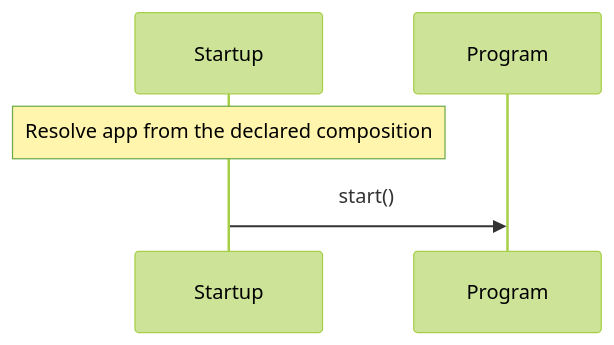
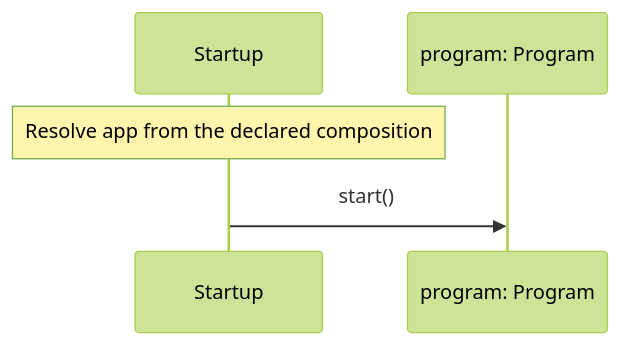
Before and after one commit to GreenPandaStudios/augscript: the third of 3 diagrams in docs/examples/generic-di/main-diagrams.md, drawn with Mermaid (forest theme). The commit also changed 102 other files, not shown here.

Commit message:
Keep named service receivers distinct in sequence data flow

````diff
--- a/docs/examples/generic-di/main-diagrams.md
+++ b/docs/examples/generic-di/main-diagrams.md
@@ -47,7 +47,7 @@
 ```mermaid
 sequenceDiagram
     participant p0 as Startup
-    participant p1 as Program
+    participant p1 as program: Program
     Note over p0: Resolve app from the declared composition
     p0->>p1: start()
 ```
````
